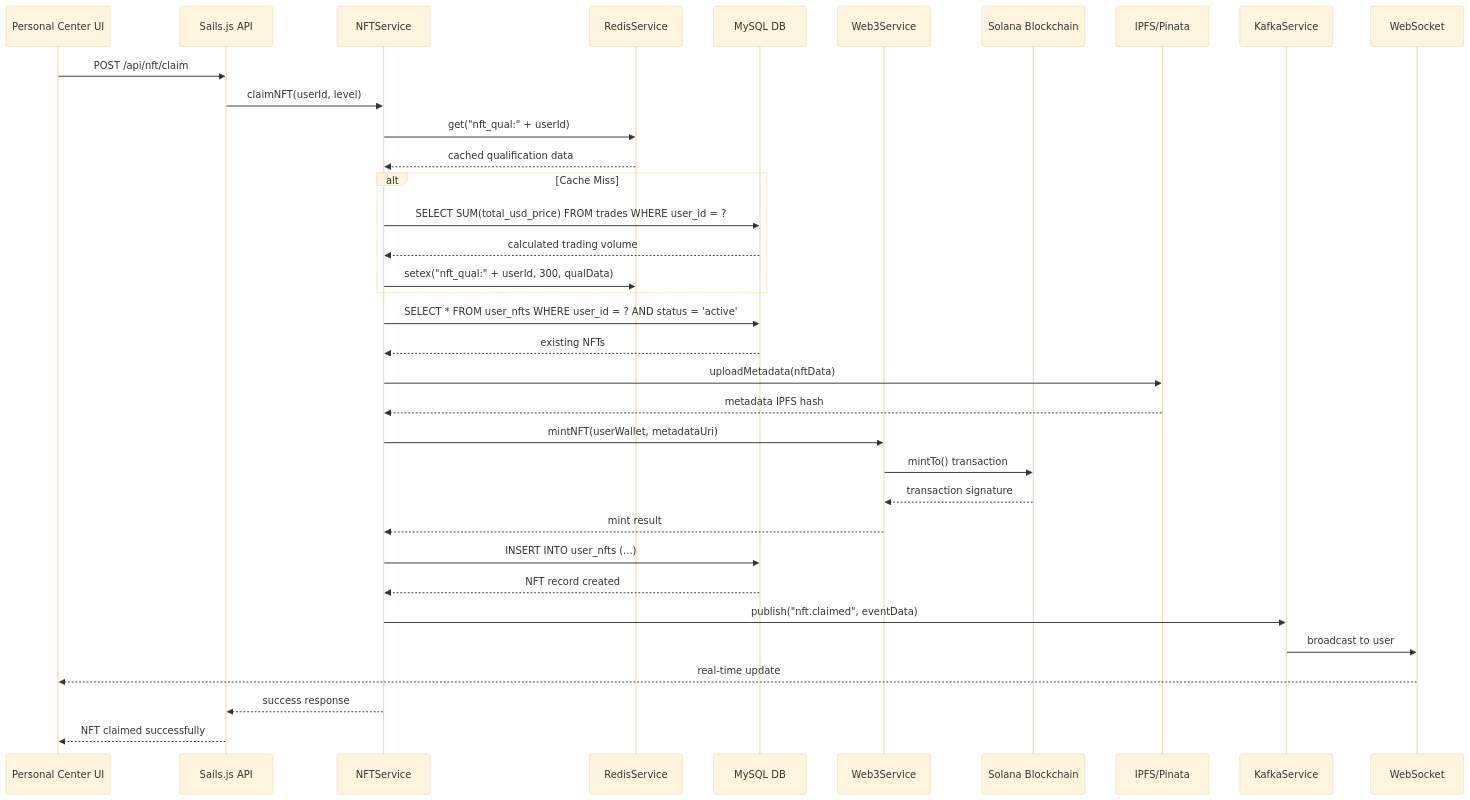
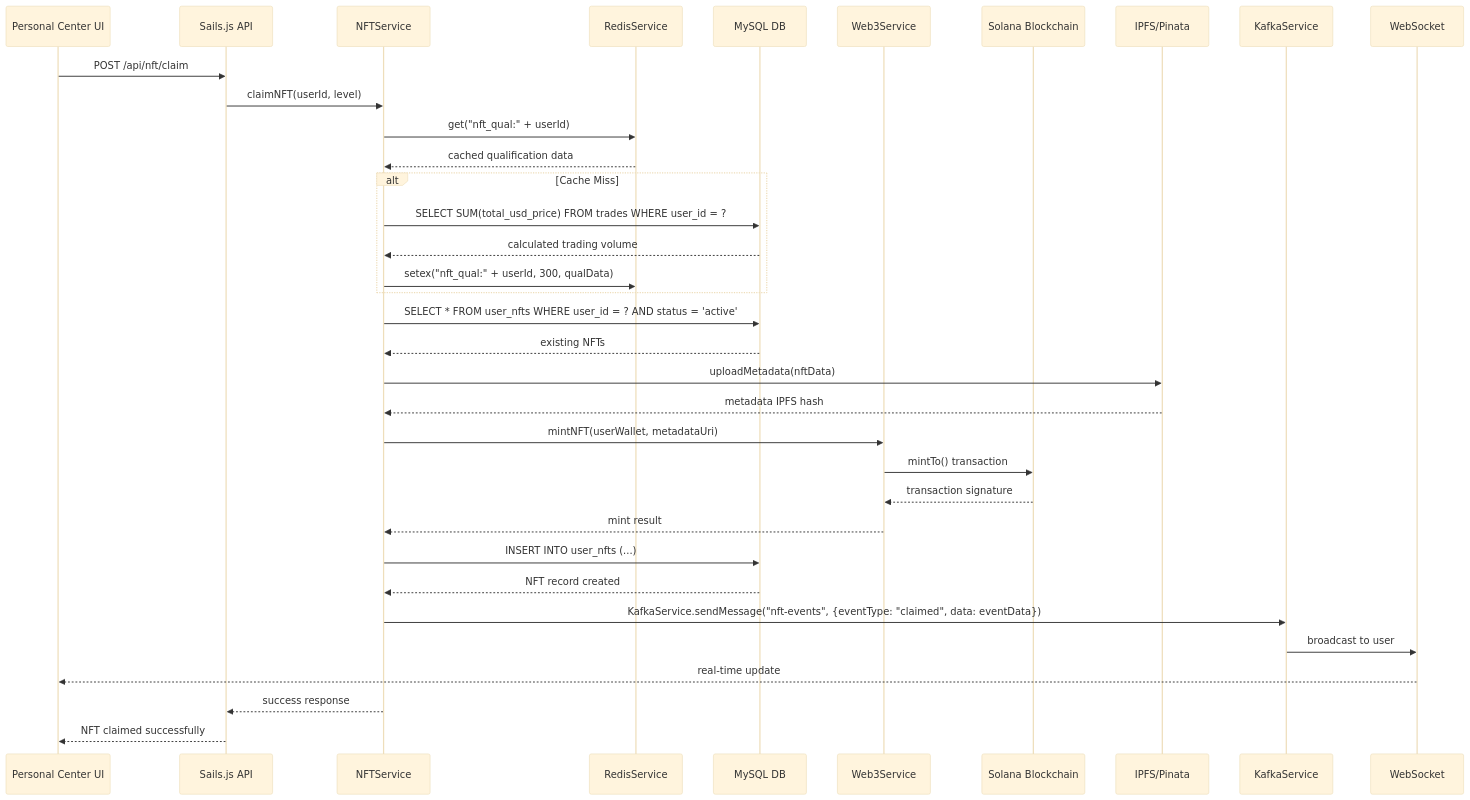
Before and after one commit to ljg-cqu/aiw3-nft-solana: the second of 5 diagrams in docs/AIW3-NFT-System-Design.md, drawn with Mermaid (base theme). The commit also changed other lines of this file and 2 other files, not shown here.

Commit message:
docs: add Redis caching and Kafka event patterns for NFT operations

````diff
--- a/docs/AIW3-NFT-System-Design.md
+++ b/docs/AIW3-NFT-System-Design.md
@@ -161,53 +161,53 @@
 ```mermaid
 sequenceDiagram
     participant UI as Personal Center UI
     participant API as Sails.js API
     participant NFT as NFTService
     participant REDIS as RedisService
     participant MYSQL as MySQL DB
     participant WEB3 as Web3Service
     participant SOLANA as Solana Blockchain
     participant IPFS as IPFS/Pinata
     participant KAFKA as KafkaService
     participant WS as WebSocket
     
     UI->>API: POST /api/nft/claim
     API->>NFT: claimNFT(userId, level)
     
     %% Check qualification from cache first
     NFT->>REDIS: get("nft_qual:" + userId)
     REDIS-->>NFT: cached qualification data
     
     %% If not cached, calculate from Trades model
     alt Cache Miss
         NFT->>MYSQL: SELECT SUM(total_usd_price) FROM trades WHERE user_id = ?
         MYSQL-->>NFT: calculated trading volume
         NFT->>REDIS: setex("nft_qual:" + userId, 300, qualData)
     end
     
     %% Check existing NFTs
     NFT->>MYSQL: SELECT * FROM user_nfts WHERE user_id = ? AND status = 'active'
     MYSQL-->>NFT: existing NFTs
     
     %% Upload metadata to IPFS
     NFT->>IPFS: uploadMetadata(nftData)
     IPFS-->>NFT: metadata IPFS hash
     
     %% Mint NFT on Solana
     NFT->>WEB3: mintNFT(userWallet, metadataUri)
     WEB3->>SOLANA: mintTo() transaction
     SOLANA-->>WEB3: transaction signature
     WEB3-->>NFT: mint result
     
     %% Store in database
     NFT->>MYSQL: INSERT INTO user_nfts (...)
     MYSQL-->>NFT: NFT record created
     
     %% Publish event
-    NFT->>KAFKA: publish("nft.claimed", eventData)
+    NFT->>KAFKA: KafkaService.sendMessage("nft-events", {eventType: "claimed", data: eventData})
     KAFKA->>WS: broadcast to user
     WS-->>UI: real-time update
     
     NFT-->>API: success response
     API-->>UI: NFT claimed successfully
 ```
````
